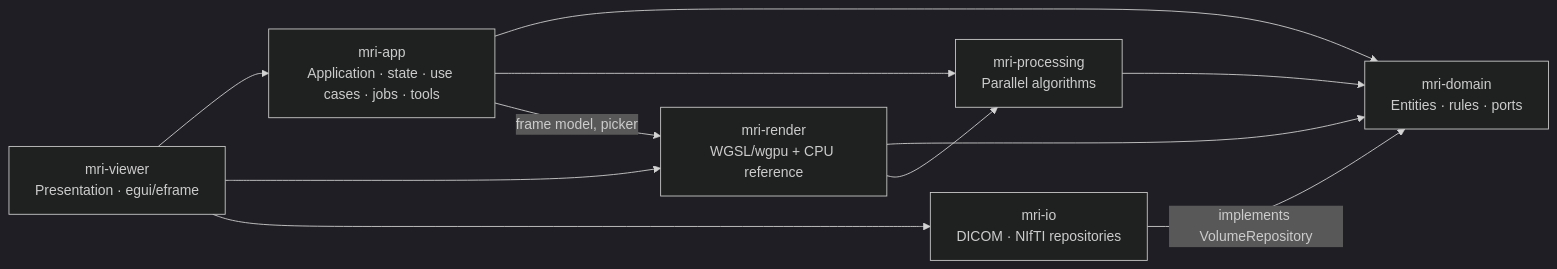
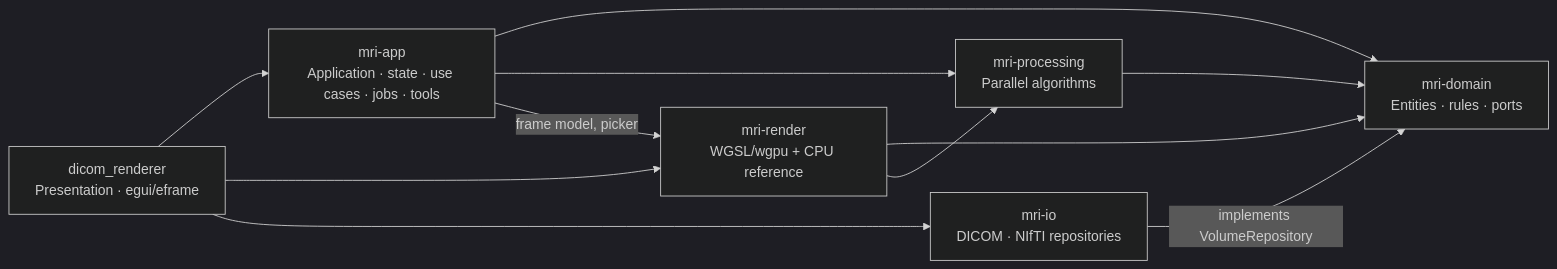
Before and after one commit to Kauter1989/ferrum: the first of 2 diagrams in docs/architecture.md, drawn with Mermaid (dark theme). The commit also changed other lines of this file and 26 other files, not shown here.

First line of the commit message:
refactor: rename the application to dicom_renderer, simplify launch

````diff
--- a/docs/architecture.md
+++ b/docs/architecture.md
@@ -11,20 +11,20 @@
 ```mermaid
 flowchart LR
-    V["mri-viewer<br/>Presentation · egui/eframe"]
+    V["dicom_renderer<br/>Presentation · egui/eframe"]
     A["mri-app<br/>Application · state · use cases · jobs · tools"]
     D["mri-domain<br/>Entities · rules · ports"]
     P["mri-processing<br/>Parallel algorithms"]
     R["mri-render<br/>WGSL/wgpu + CPU reference"]
     IO["mri-io<br/>DICOM · NIfTI repositories"]
 
     V --> A
     V --> R
     V --> IO
     A --> D
     A --> P
     A -->|"frame model, picker"| R
     R --> D
     R --> P
     P --> D
     IO -->|"implements VolumeRepository"| D
 ```
````
